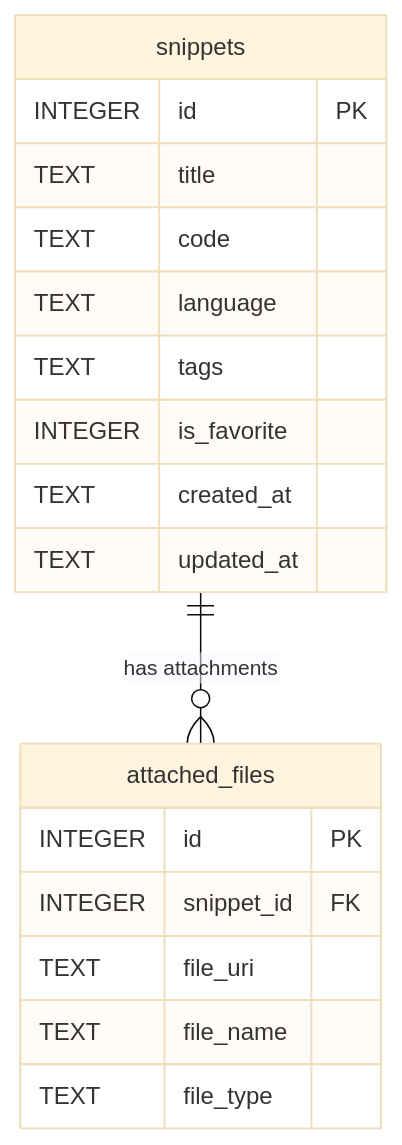
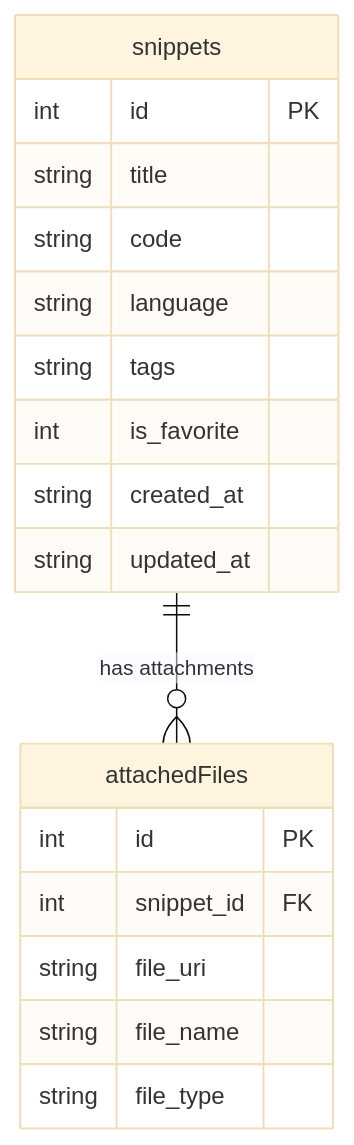
One commit to ashaafkhan/DevSnippets changed the diagram in README.md. Above: the diagram before and after it, drawn with Mermaid (base theme). The commit also changed other lines of this file and 1 other file, not shown here.

Commit message:
Fix Mermaid ER diagram entity name syntax in README

````diff
--- a/README.md
+++ b/README.md
@@ -30,21 +30,21 @@
 ```mermaid
 erDiagram
-    snippets ||--o{ attached_files : "has attachments"
+    snippets ||--o{ attachedFiles : "has attachments"
     snippets {
-        INTEGER id PK
-        TEXT title
-        TEXT code
-        TEXT language
-        TEXT tags
-        INTEGER is_favorite
-        TEXT created_at
-        TEXT updated_at
+        int id PK
+        string title
+        string code
+        string language
+        string tags
+        int is_favorite
+        string created_at
+        string updated_at
     }
-    attached_files {
-        INTEGER id PK
-        INTEGER snippet_id FK
-        TEXT file_uri
-        TEXT file_name
-        TEXT file_type
+    attachedFiles {
+        int id PK
+        int snippet_id FK
+        string file_uri
+        string file_name
+        string file_type
     }
 ```
````
